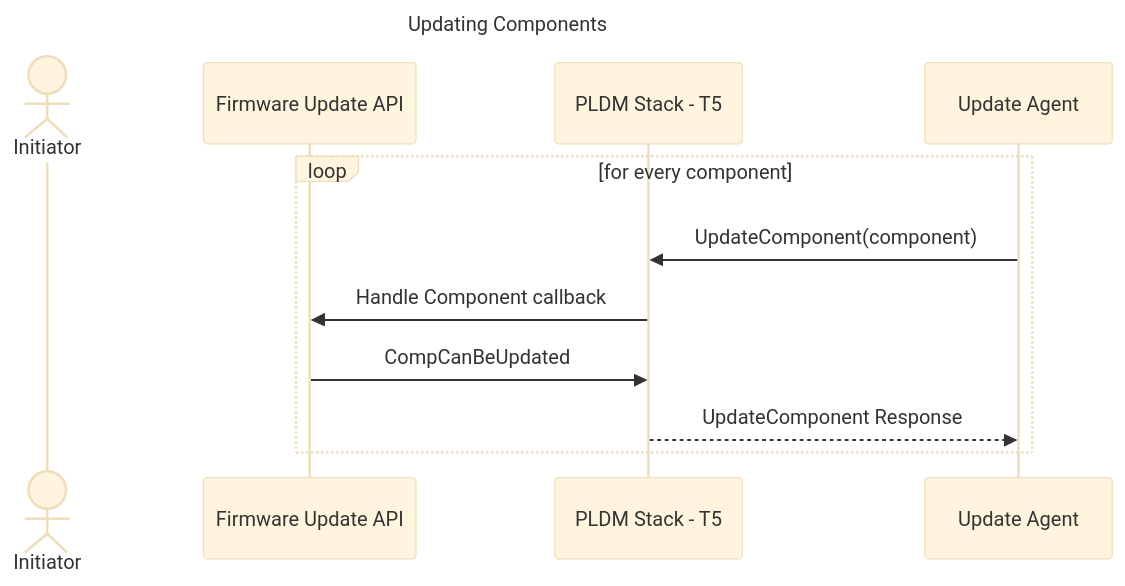
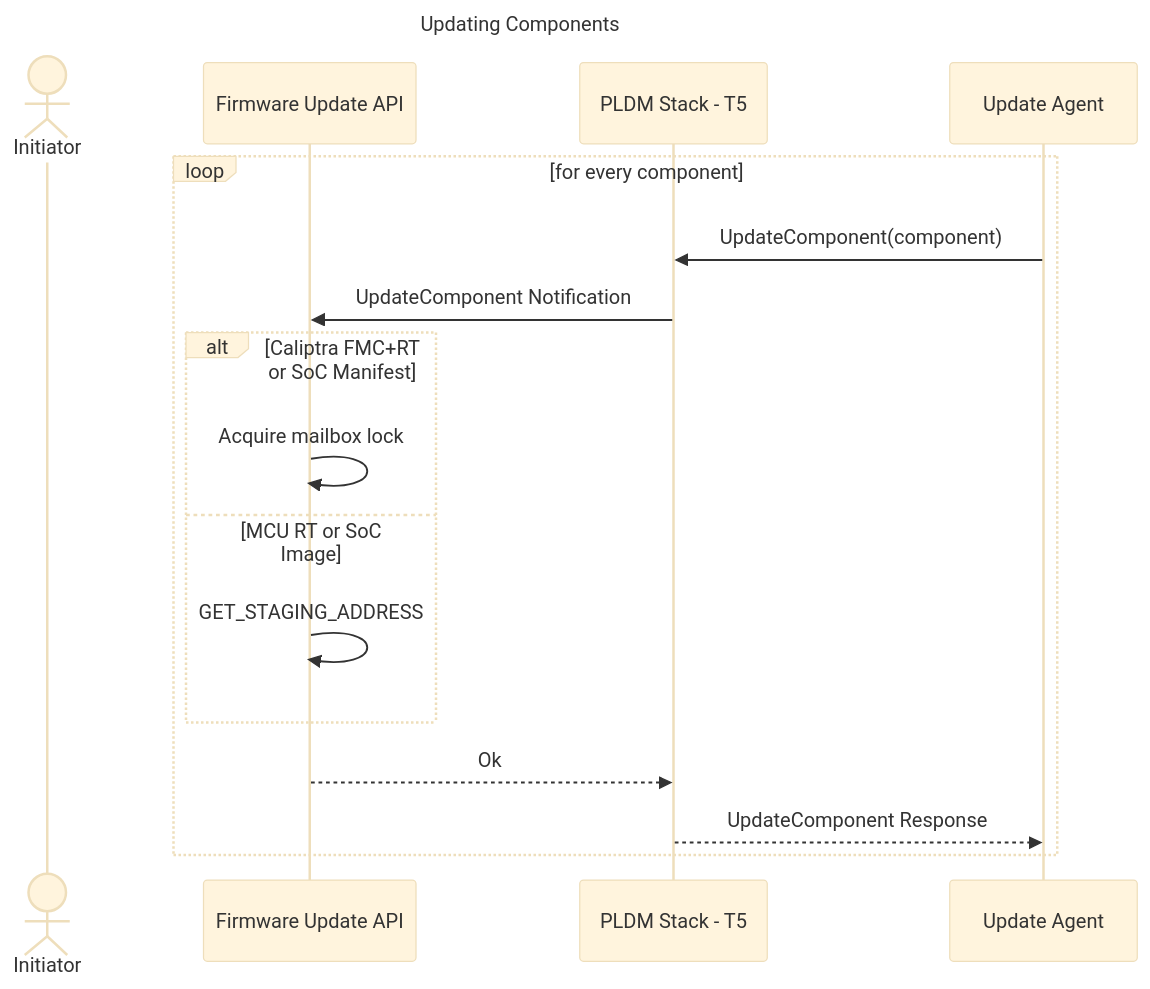
The fifth of 9 diagrams in docs/src/firmware_update.md (chipsalliance/caliptra-mcu-sw), drawn with Mermaid (base theme) before and after one commit. The commit also changed other lines of this file and 905 other files, not shown here.

````diff
--- a/docs/src/firmware_update.md
+++ b/docs/src/firmware_update.md
@@ -90,16 +91,23 @@
 ```mermaid
 sequenceDiagram
     title Updating Components
 
     actor App as Initiator
     participant API as Firmware Update API
     participant Firmware as PLDM Stack - T5
     participant PLDM as Update Agent
 
     loop for every component
         PLDM->>Firmware: UpdateComponent(component)
-        Firmware->>API: Handle Component callback
-        API->>Firmware: CompCanBeUpdated
+        Firmware->>API: UpdateComponent Notification
+
+        alt Caliptra FMC+RT or SoC Manifest
+            API->>API: Acquire mailbox lock
+        else MCU RT or SoC Image
+            API->>API: GET_STAGING_ADDRESS
+        end
+
+        API-->>Firmware: Ok
         Firmware-->>PLDM: UpdateComponent Response
     end
 ```
````
